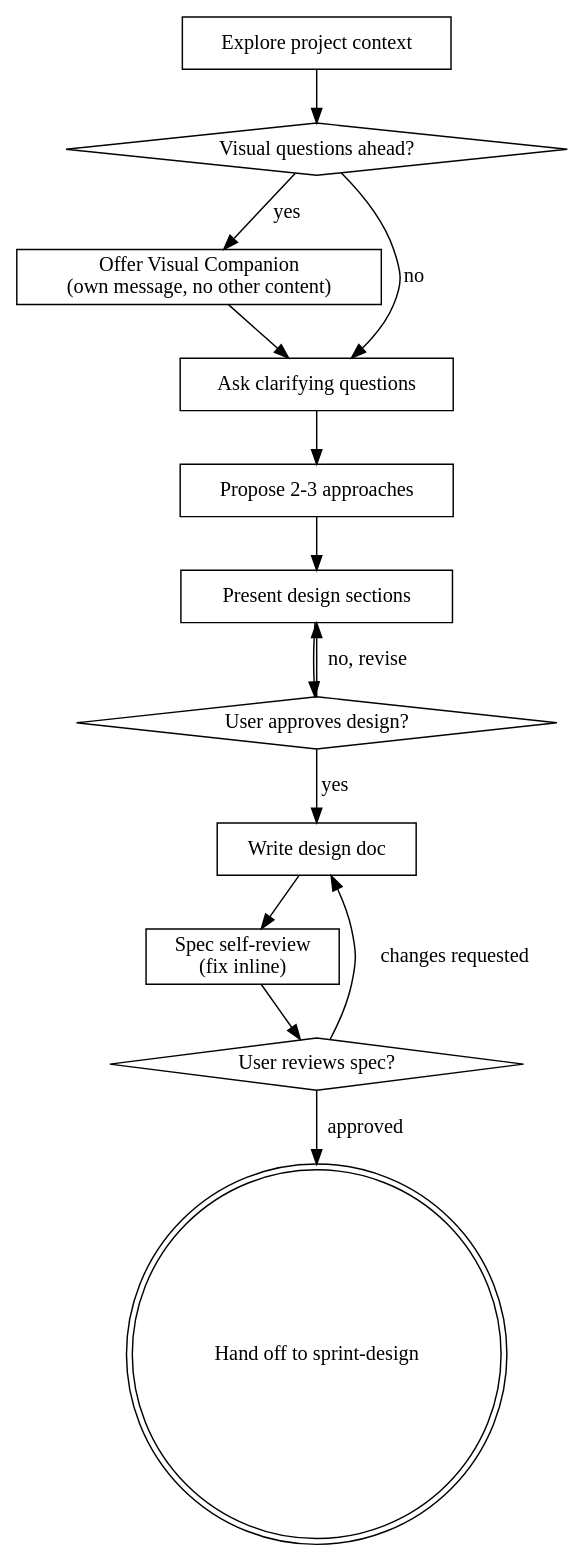
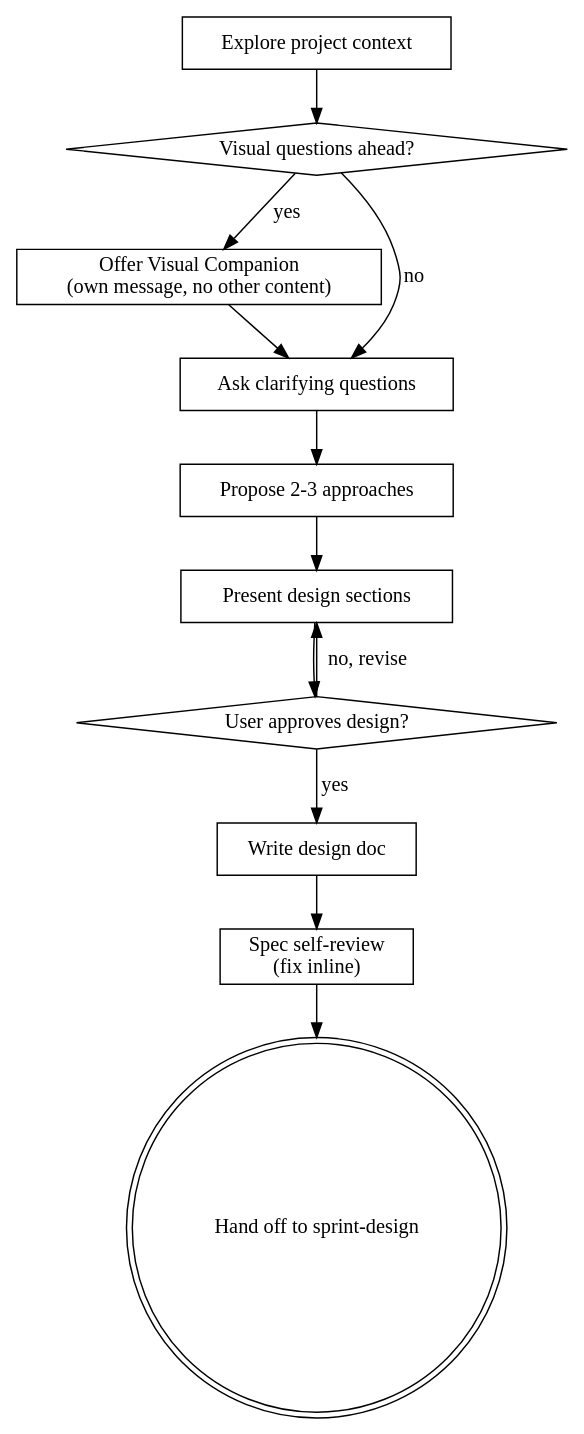
Before and after one commit to BetanSz/multi-agent: the diagram in skills/sprint/sprint-brainstorm/SKILL.md, drawn with Graphviz. The commit also changed other lines of this file and 1 other file, not shown here.

````diff
--- a/skills/sprint/sprint-brainstorm/SKILL.md
+++ b/skills/sprint/sprint-brainstorm/SKILL.md
@@ -38,29 +37,26 @@
 ```dot
 digraph sprint_brainstorm {
     "Explore project context" [shape=box];
     "Visual questions ahead?" [shape=diamond];
     "Offer Visual Companion\n(own message, no other content)" [shape=box];
     "Ask clarifying questions" [shape=box];
     "Propose 2-3 approaches" [shape=box];
     "Present design sections" [shape=box];
     "User approves design?" [shape=diamond];
     "Write design doc" [shape=box];
     "Spec self-review\n(fix inline)" [shape=box];
-    "User reviews spec?" [shape=diamond];
     "Hand off to sprint-design" [shape=doublecircle];
 
     "Explore project context" -> "Visual questions ahead?";
     "Visual questions ahead?" -> "Offer Visual Companion\n(own message, no other content)" [label="yes"];
     "Visual questions ahead?" -> "Ask clarifying questions" [label="no"];
     "Offer Visual Companion\n(own message, no other content)" -> "Ask clarifying questions";
     "Ask clarifying questions" -> "Propose 2-3 approaches";
     "Propose 2-3 approaches" -> "Present design sections";
     "Present design sections" -> "User approves design?";
     "User approves design?" -> "Present design sections" [label="no, revise"];
     "User approves design?" -> "Write design doc" [label="yes"];
     "Write design doc" -> "Spec self-review\n(fix inline)";
-    "Spec self-review\n(fix inline)" -> "User reviews spec?";
-    "User reviews spec?" -> "Write design doc" [label="changes requested"];
-    "User reviews spec?" -> "Hand off to sprint-design" [label="approved"];
+    "Spec self-review\n(fix inline)" -> "Hand off to sprint-design";
 }
 ```
````
